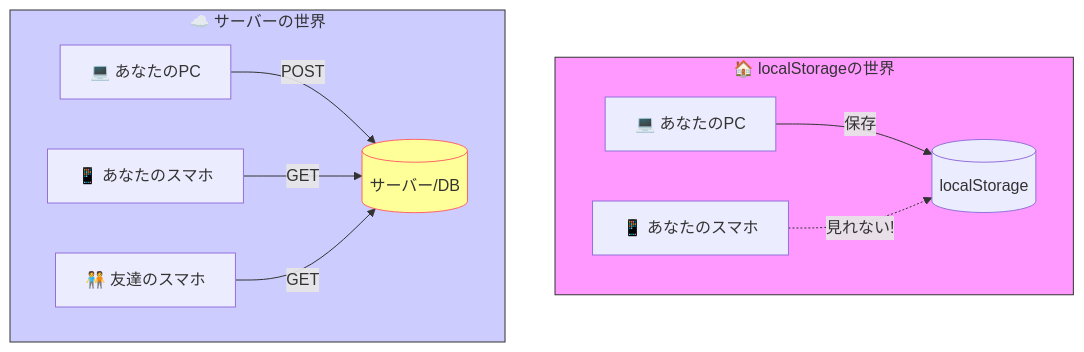
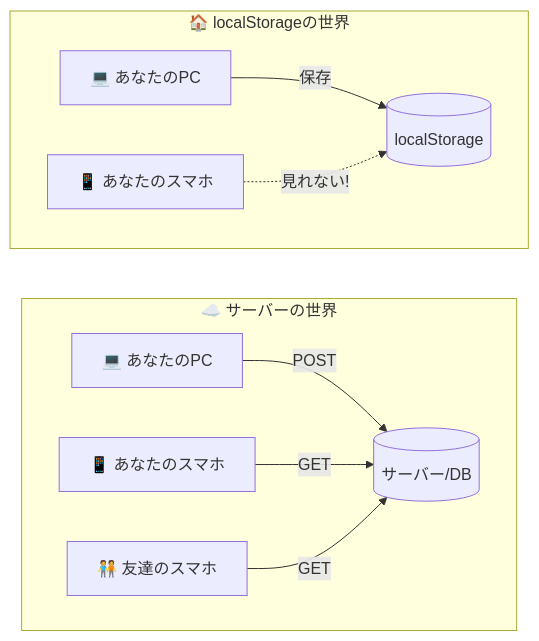
The second of 2 diagrams in D12.md (komiyamma/site_ichika_study_async_await_fetch), drawn with Mermaid before and after one commit.

Commit message:
docs(D12): Mermaid のスタイル定義を整理

````diff
--- a/D12.md
+++ b/D12.md
@@ -212,17 +212,15 @@
 ```mermaid
 graph TD
     subgraph Local [🏠 localStorageの世界]
         PC1[💻 あなたのPC] -->|保存| LS[(localStorage)]
         Phone1[📱 あなたのスマホ] -.->|見れない!| LS
     end
 
     subgraph Cloud [☁️ サーバーの世界]
         PC2[💻 あなたのPC] -->|POST| S[(サーバー/DB)]
         Phone2[📱 あなたのスマホ] -->|GET| S
         Friend[🧑‍🤝‍🧑 友達のスマホ] -->|GET| S
     end
 
-    style Local fill:#f9f,stroke:#333
-    style Cloud fill:#ccf,stroke:#333
-    style S fill:#ff9,stroke:#f66
+    Local ~~~ Cloud
 ```
````
